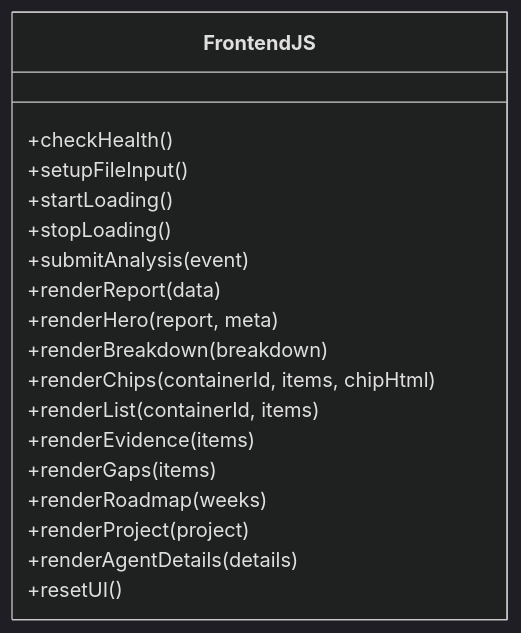
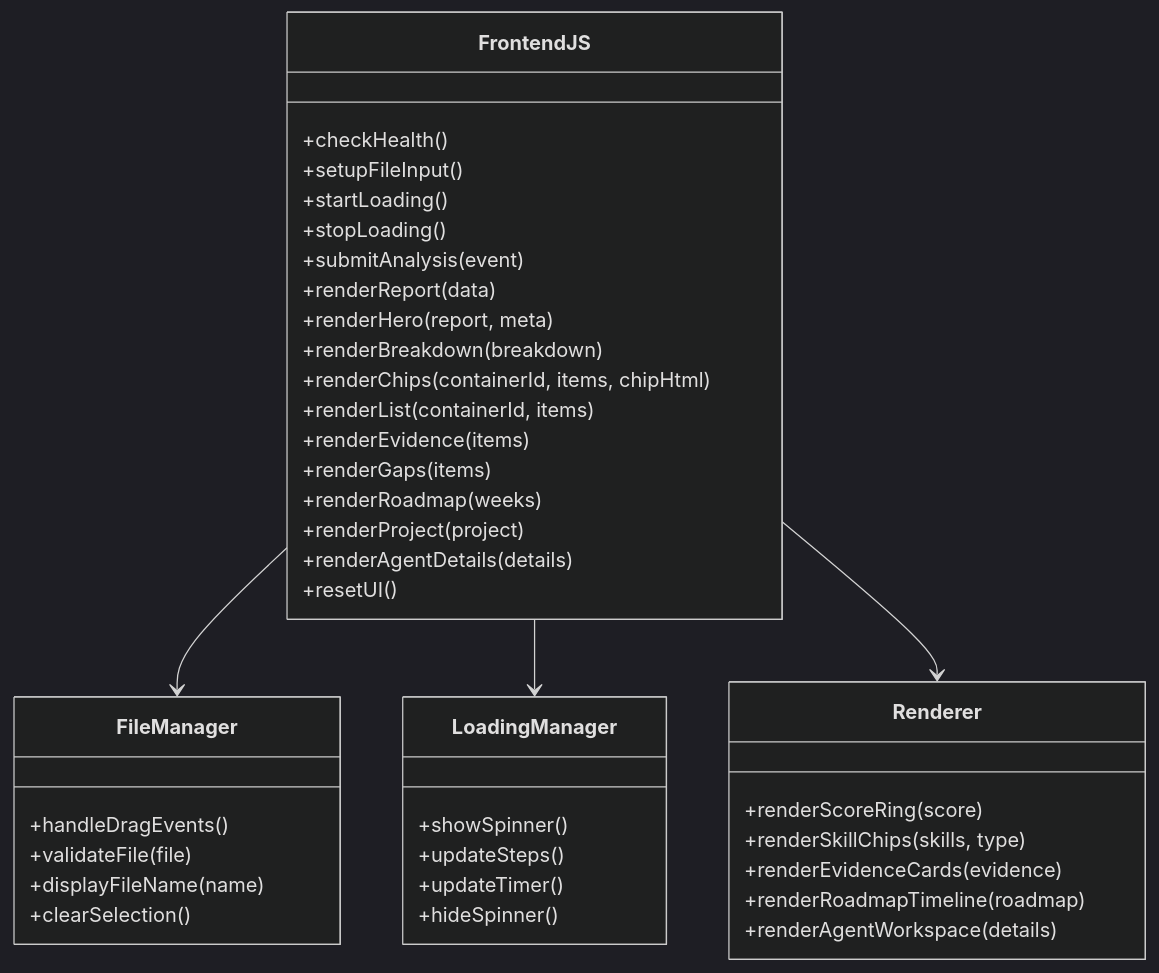
Before and after one commit to waqarimran342/CareerOS-AI: the fourth of 4 diagrams in .qoder/repowiki/en/content/Frontend Interface.md, drawn with Mermaid (dark theme). The commit also changed other lines of this file and 32 other files, not shown here.

````diff
--- a/.qoder/repowiki/en/content/Frontend Interface.md
+++ b/.qoder/repowiki/en/content/Frontend Interface.md
@@ -201,21 +429,43 @@
 ```mermaid
 classDiagram
 class FrontendJS {
 +checkHealth()
 +setupFileInput()
 +startLoading()
 +stopLoading()
 +submitAnalysis(event)
 +renderReport(data)
 +renderHero(report, meta)
 +renderBreakdown(breakdown)
 +renderChips(containerId, items, chipHtml)
 +renderList(containerId, items)
 +renderEvidence(items)
 +renderGaps(items)
 +renderRoadmap(weeks)
 +renderProject(project)
 +renderAgentDetails(details)
 +resetUI()
 }
+class FileManager {
++handleDragEvents()
++validateFile(file)
++displayFileName(name)
++clearSelection()
+}
+class LoadingManager {
++showSpinner()
++updateSteps()
++updateTimer()
++hideSpinner()
+}
+class Renderer {
++renderScoreRing(score)
++renderSkillChips(skills, type)
++renderEvidenceCards(evidence)
++renderRoadmapTimeline(roadmap)
++renderAgentWorkspace(details)
+}
+FrontendJS --> FileManager
+FrontendJS --> LoadingManager
+FrontendJS --> Renderer
 ```
````
